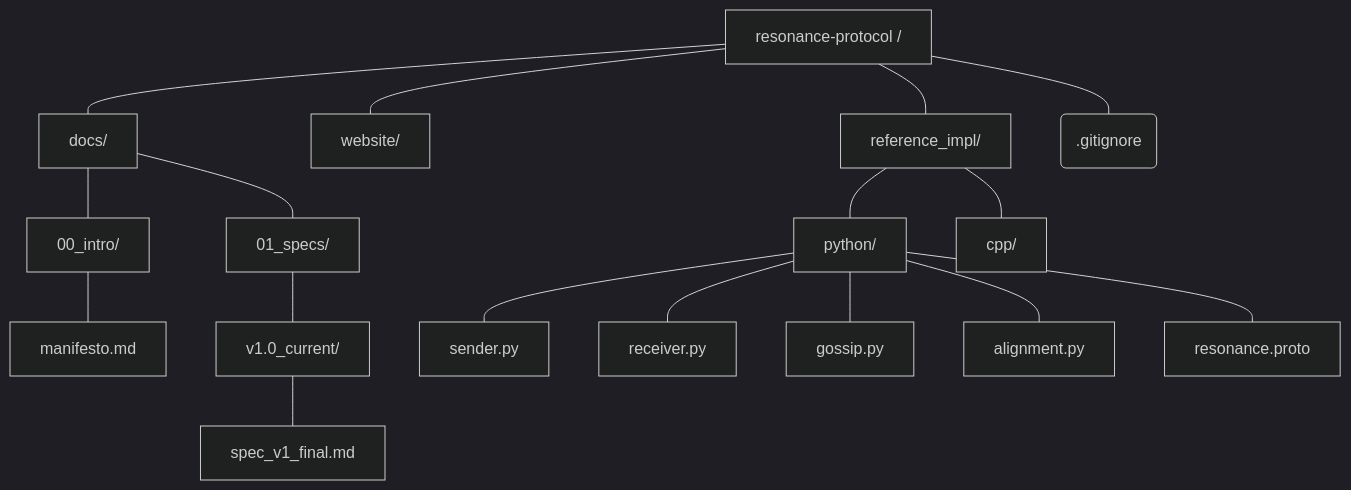
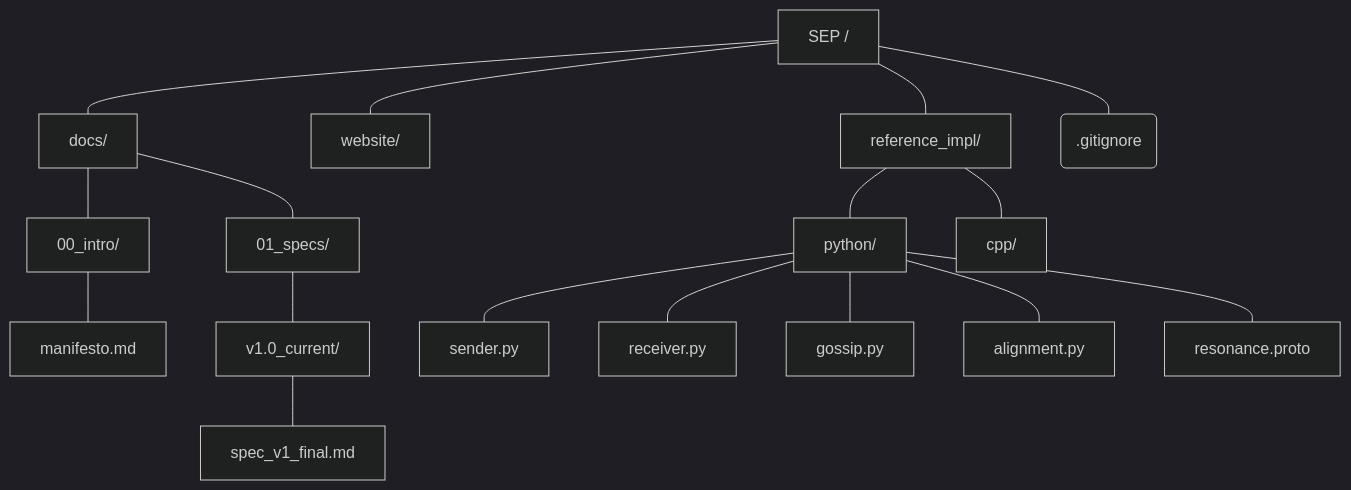
One commit to nick-yudin/SEP changed the diagram in PROJECT_STRUCTURE.md. Above: the diagram before and after it, drawn with Mermaid (dark theme). The commit also changed other lines of this file and 28 other files, not shown here.

First line of the commit message:
refactor: Rename project from Resonance to SEP (Semantic Event Protocol)

````diff
--- a/PROJECT_STRUCTURE.md
+++ b/PROJECT_STRUCTURE.md
@@ -9,25 +9,25 @@
 ```mermaid
 graph TD
-    ROOT[resonance-protocol /] --- DOCS[docs/]
+    ROOT[SEP /] --- DOCS[docs/]
     ROOT --- WEBSITE[website/]
     ROOT --- REFIMPL[reference_impl/]
     ROOT --- GITIGNORE(.gitignore)
 
     DOCS --- D00[00_intro/]
     DOCS --- D01[01_specs/]
 
     D00 --- MANIFESTO[manifesto.md]
     
     D01 --- V10[v1.0_current/]
     V10 --- SPECV1[spec_v1_final.md]
     
     REFIMPL --- PYTHON[python/]
     REFIMPL --- CPP[cpp/]
 
     PYTHON --- SENDER[sender.py]
     PYTHON --- RECEIVER[receiver.py]
     PYTHON --- GOSSIP[gossip.py]
     PYTHON --- ALIGN[alignment.py]
     PYTHON --- PROTO[resonance.proto]
 
 ```
````
